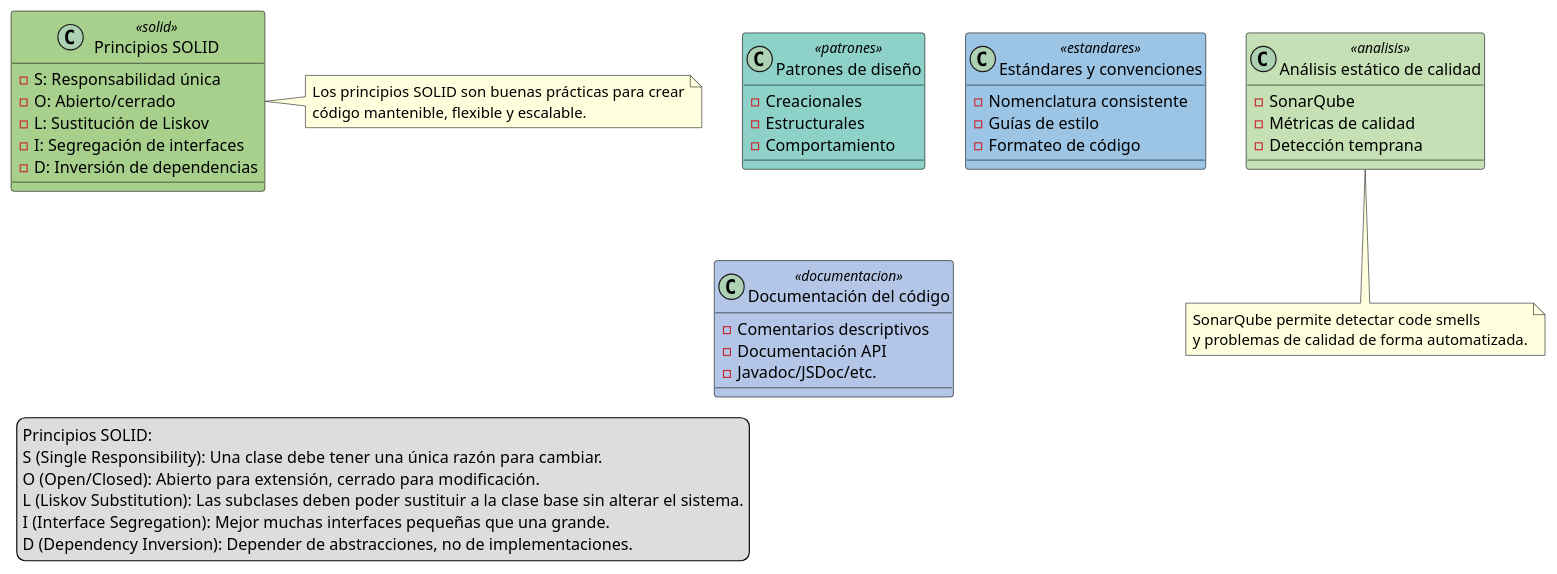
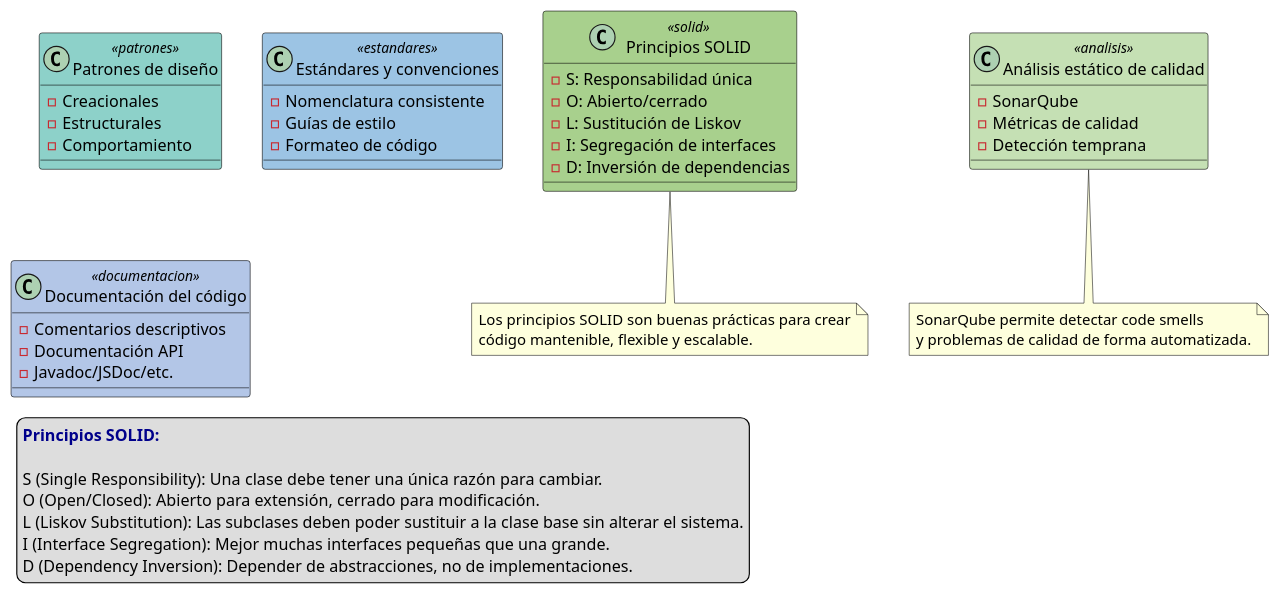
Before and after one commit to luisgomezgithub/CursoGit: the second of 2 diagrams in 4.2.Problemas_cODIGO.puml, drawn with PlantUML. The commit also changed other lines of this file and 13 other files, not shown here.

```diff
--- a/4.2.Problemas_cODIGO.puml
+++ b/4.2.Problemas_cODIGO.puml
@@ -116,58 +67,59 @@
 @startuml
 skinparam class {
     BackgroundColor<<solid>> #a8d08d
     BackgroundColor<<patrones>> #8dd1c9
     BackgroundColor<<estandares>> #9cc4e4
     BackgroundColor<<documentacion>> #b3c6e7
     BackgroundColor<<analisis>> #c5e0b4
     BorderColor Black
 }
 
 class "Principios SOLID" <<solid>> {
     - S: Responsabilidad única
     - O: Abierto/cerrado
     - L: Sustitución de Liskov
     - I: Segregación de interfaces
     - D: Inversión de dependencias
 }
 
 class "Patrones de diseño" <<patrones>> {
     - Creacionales
     - Estructurales
     - Comportamiento
 }
 class "Estándares y convenciones" <<estandares>> {
     - Nomenclatura consistente
     - Guías de estilo
     - Formateo de código
 }
 class "Documentación del código" <<documentacion>> {
     - Comentarios descriptivos
     - Documentación API
     - Javadoc/JSDoc/etc.
 }
 class "Análisis estático de calidad" <<analisis>> {
     - SonarQube
     - Métricas de calidad
     - Detección temprana
 }
 
-note right of "Principios SOLID"
+note bottom of "Principios SOLID"
 Los principios SOLID son buenas prácticas para crear
 código mantenible, flexible y escalable.
 end note
 
 note bottom of "Análisis estático de calidad"
 SonarQube permite detectar code smells
 y problemas de calidad de forma automatizada.
 end note
 
 legend left
-Principios SOLID:
+<color darkblue>**Principios SOLID:**
+
 S (Single Responsibility): Una clase debe tener una única razón para cambiar.
 O (Open/Closed): Abierto para extensión, cerrado para modificación.
 L (Liskov Substitution): Las subclases deben poder sustituir a la clase base sin alterar el sistema.
 I (Interface Segregation): Mejor muchas interfaces pequeñas que una grande.
 D (Dependency Inversion): Depender de abstracciones, no de implementaciones.
 endlegend
 @enduml
```
